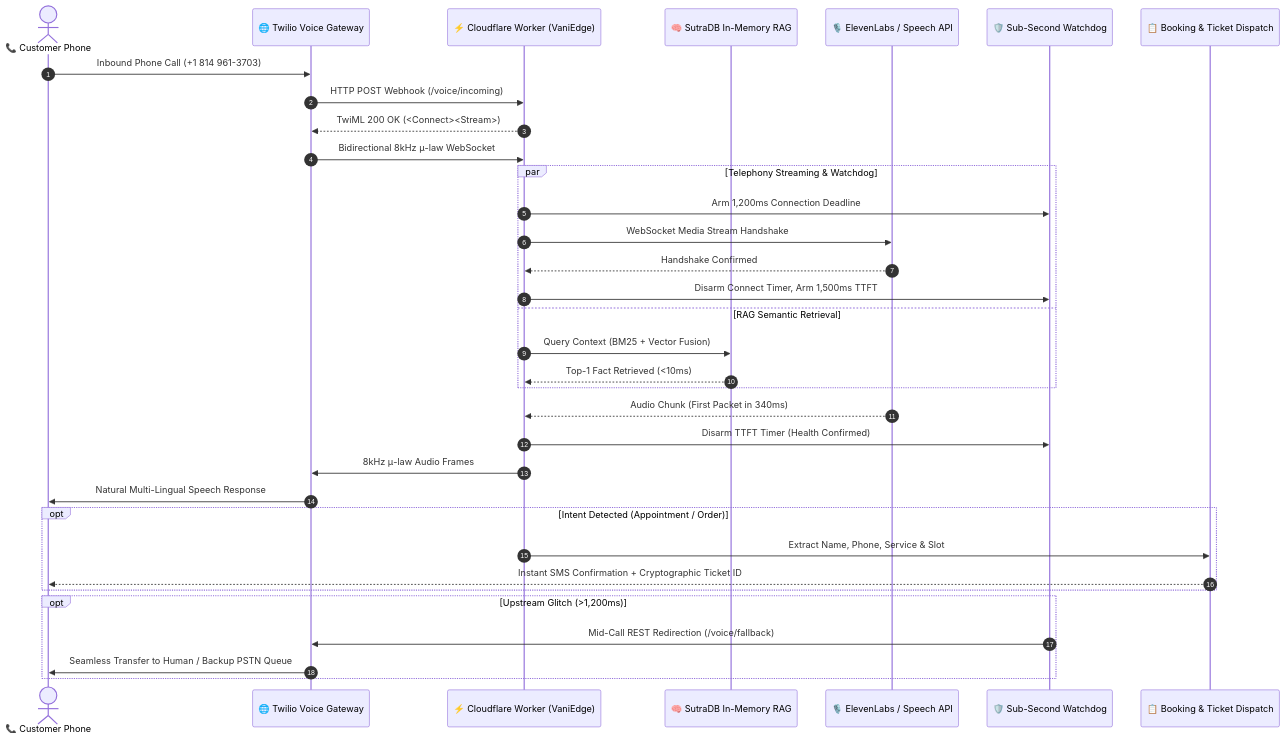
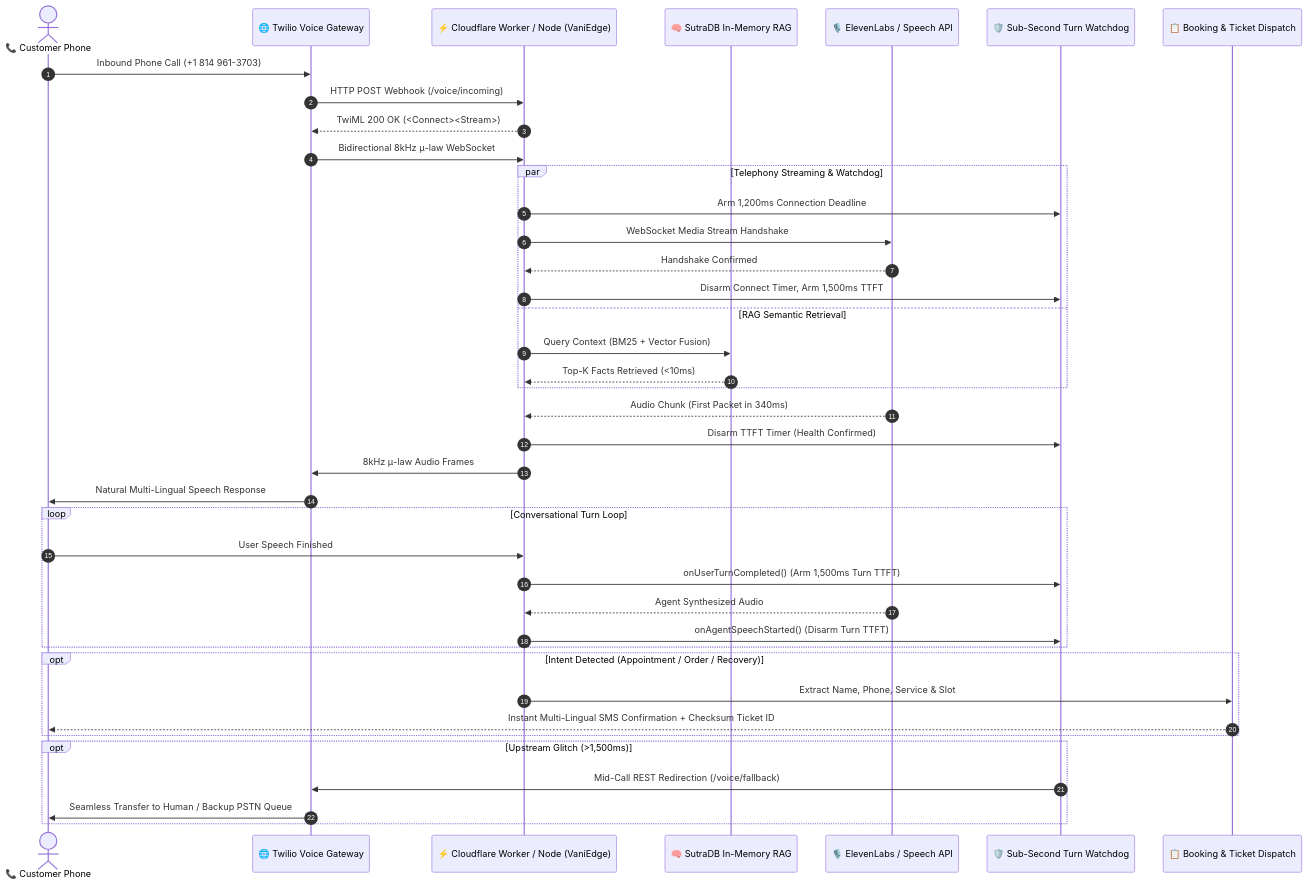
The diagram in README.md (Sam-CodesAI/VaniEdge), drawn with Mermaid before and after one commit. The commit also changed other lines of this file and 10 other files, not shown here.

Commit message:
feat(core): release v1.1.0 with Pan-Indian Indic scripts, turn TTFT watchdog, edge HTTP handler, and 45 tests

````diff
--- a/README.md
+++ b/README.md
@@ -31,41 +32,48 @@
 ```mermaid
 sequenceDiagram
     autonumber
     actor Caller as 📞 Customer Phone
     participant Twilio as 🌐 Twilio Voice Gateway
-    participant Edge as ⚡ Cloudflare Worker (VaniEdge)
+    participant Edge as ⚡ Cloudflare Worker / Node (VaniEdge)
     participant Sutra as 🧠 SutraDB In-Memory RAG
     participant ConvAI as 🎙️ ElevenLabs / Speech API
-    participant Watchdog as 🛡️ Sub-Second Watchdog
+    participant Watchdog as 🛡️ Sub-Second Turn Watchdog
     participant Dispatch as 📋 Booking & Ticket Dispatch
 
     Caller->>Twilio: Inbound Phone Call (+1 814 961-3703)
     Twilio->>Edge: HTTP POST Webhook (/voice/incoming)
     Edge-->>Twilio: TwiML 200 OK (<Connect><Stream>)
     Twilio->>Edge: Bidirectional 8kHz μ-law WebSocket
 
     par Telephony Streaming & Watchdog
         Edge->>Watchdog: Arm 1,200ms Connection Deadline
         Edge->>ConvAI: WebSocket Media Stream Handshake
         ConvAI-->>Edge: Handshake Confirmed
         Edge->>Watchdog: Disarm Connect Timer, Arm 1,500ms TTFT
     and RAG Semantic Retrieval
         Edge->>Sutra: Query Context (BM25 + Vector Fusion)
-        Sutra-->>Edge: Top-1 Fact Retrieved (<10ms)
+        Sutra-->>Edge: Top-K Facts Retrieved (<10ms)
     end
 
     ConvAI-->>Edge: Audio Chunk (First Packet in 340ms)
     Edge->>Watchdog: Disarm TTFT Timer (Health Confirmed)
     Edge->>Twilio: 8kHz μ-law Audio Frames
     Twilio->>Caller: Natural Multi-Lingual Speech Response
 
-    opt Intent Detected (Appointment / Order)
-        Edge->>Dispatch: Extract Name, Phone, Service & Slot
-        Dispatch-->>Caller: Instant SMS Confirmation + Cryptographic Ticket ID
+    loop Conversational Turn Loop
+        Caller->>Edge: User Speech Finished
+        Edge->>Watchdog: onUserTurnCompleted() (Arm 1,500ms Turn TTFT)
+        ConvAI-->>Edge: Agent Synthesized Audio
+        Edge->>Watchdog: onAgentSpeechStarted() (Disarm Turn TTFT)
     end
 
-    opt Upstream Glitch (>1,200ms)
+    opt Intent Detected (Appointment / Order / Recovery)
+        Edge->>Dispatch: Extract Name, Phone, Service & Slot
+        Dispatch-->>Caller: Instant Multi-Lingual SMS Confirmation + Checksum Ticket ID
+    end
+
+    opt Upstream Glitch (>1,500ms)
         Watchdog->>Twilio: Mid-Call REST Redirection (/voice/fallback)
         Twilio->>Caller: Seamless Transfer to Human / Backup PSTN Queue
     end
 ```
````
